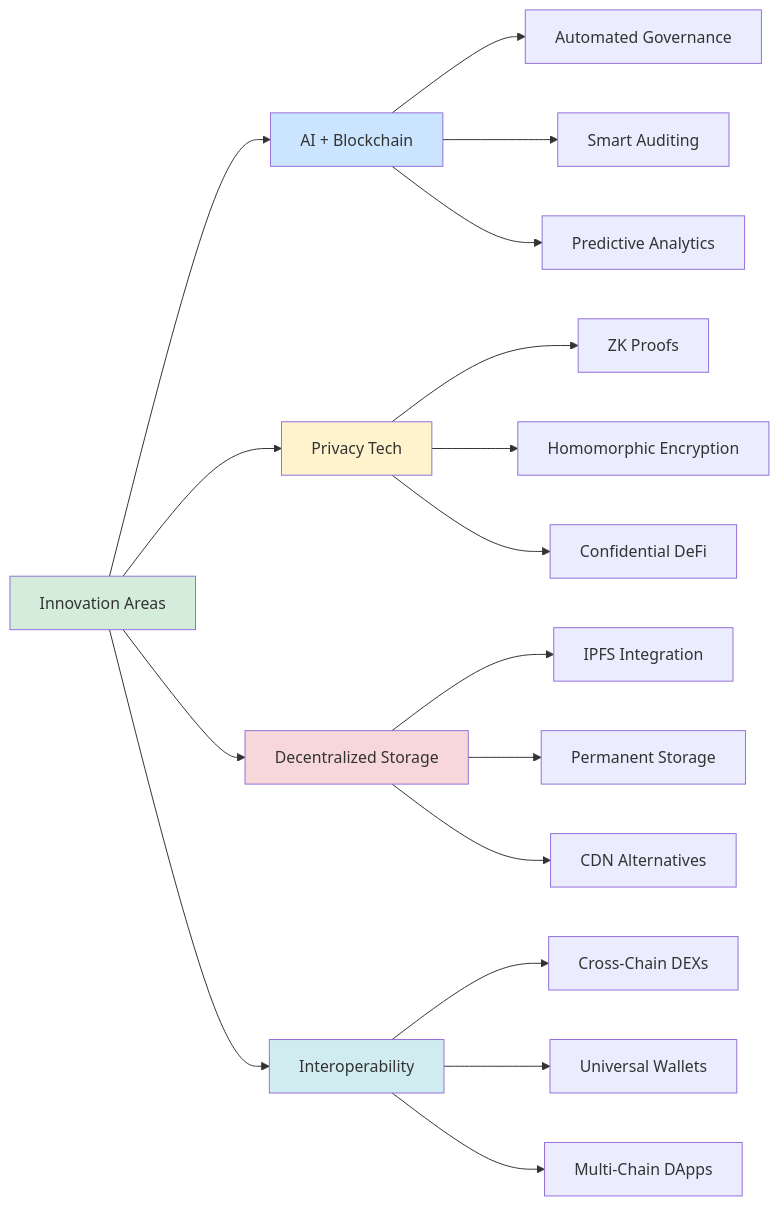
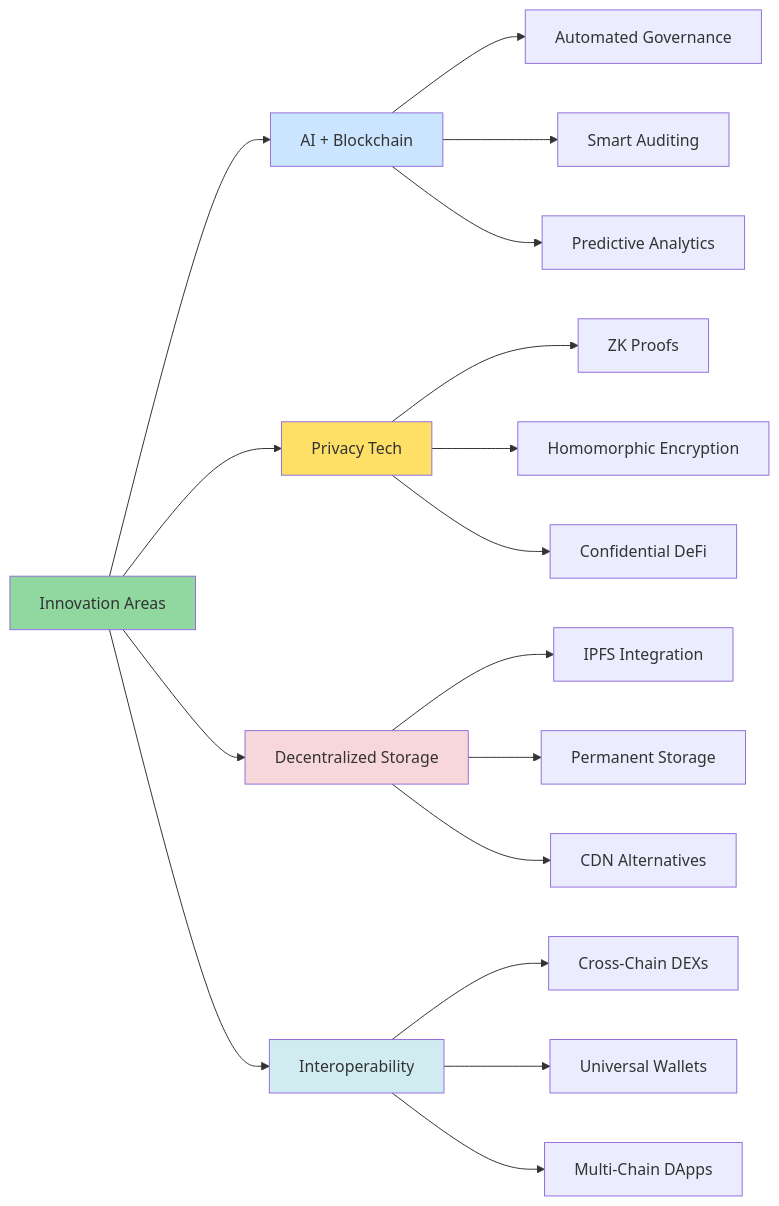
Before and after one commit to ljg-cqu/knowledge: the tenth of 23 diagrams in Industry/Blockchain/Blockchain/ValueChain/QA_MistralAI.md, drawn with Mermaid. The commit also changed other lines of this file and 6 other files, not shown here.

````diff
--- a/Industry/Blockchain/Blockchain/ValueChain/QA_MistralAI.md
+++ b/Industry/Blockchain/Blockchain/ValueChain/QA_MistralAI.md
@@ -790,29 +790,29 @@
 ```mermaid
 graph LR
     A[Innovation Areas] --> B[AI + Blockchain]
     A --> C[Privacy Tech]
     A --> D[Decentralized Storage]
     A --> E[Interoperability]
     
     B --> B1[Automated Governance]
     B --> B2[Smart Auditing]
     B --> B3[Predictive Analytics]
     
     C --> C1[ZK Proofs]
     C --> C2[Homomorphic Encryption]
     C --> C3[Confidential DeFi]
     
     D --> D1[IPFS Integration]
     D --> D2[Permanent Storage]
     D --> D3[CDN Alternatives]
     
     E --> E1[Cross-Chain DEXs]
     E --> E2[Universal Wallets]
     E --> E3[Multi-Chain DApps]
     
-    style A fill:#d4edda
+    style A fill:#90d7a0
     style B fill:#cce5ff
-    style C fill:#fff3cd
+    style C fill:#ffe066
     style D fill:#f8d7da
     style E fill:#d1ecf1
 ```
````
